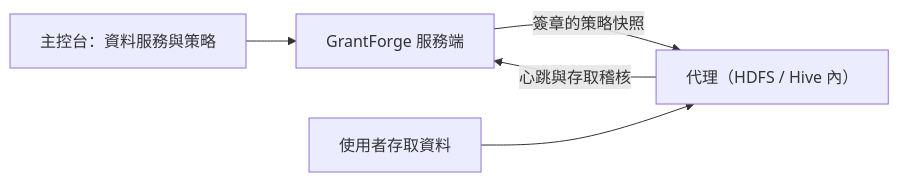
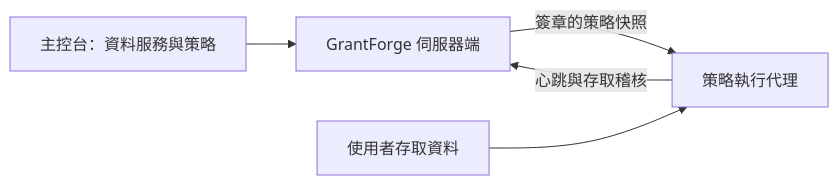
Before and after one commit to devlive-community/grantforge: the diagram in docs/content/zh-tw/external/data-services.md, drawn with Mermaid. The commit also changed other lines of this file and 45 other files, not shown here.

````diff
--- a/docs/content/zh-tw/external/data-services.md
+++ b/docs/content/zh-tw/external/data-services.md
@@ -17,7 +17,7 @@
 ```mermaid
 flowchart LR
-  C[主控台：資料服務與策略] --> S[GrantForge 服務端]
-  S -->|簽章的策略快照| A[代理（HDFS / Hive 內）]
+  C["主控台：資料服務與策略"] --> S["GrantForge 伺服器端"]
+  S -->|簽章的策略快照| A["策略執行代理"]
   A -->|心跳與存取稽核| S
-  U[使用者存取資料] --> A
+  U["使用者存取資料"] --> A
 ```
````
